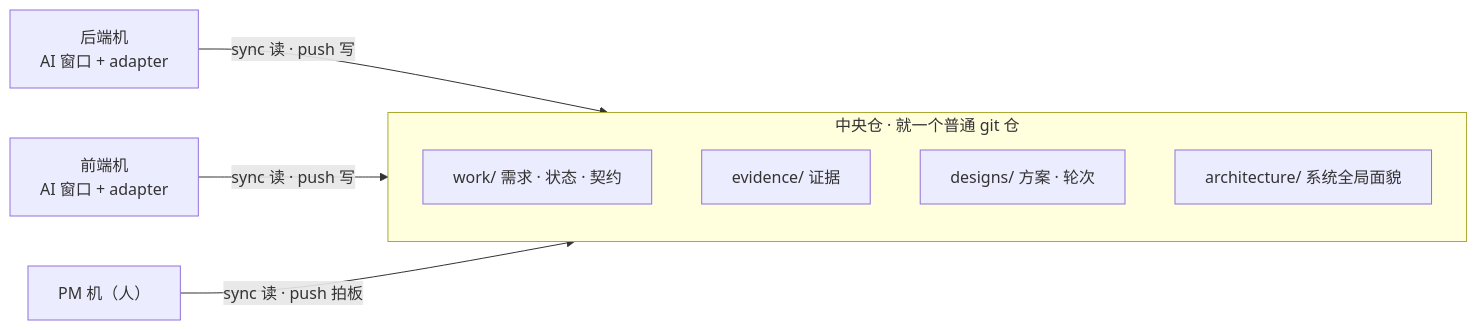
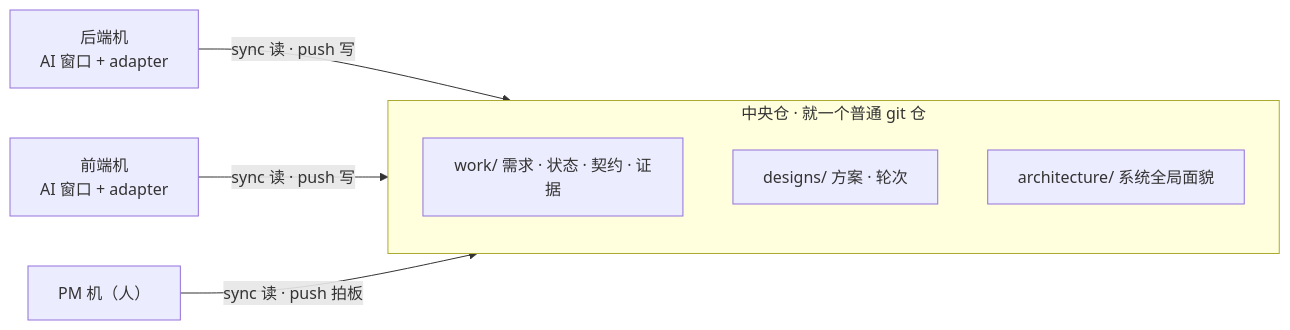
Before and after one commit to georgewangchn/OuSheng: the diagram in README.md, drawn with Mermaid. The commit also changed other lines of this file, not shown here.

````diff
--- a/README.md
+++ b/README.md
@@ -68,16 +68,15 @@
 ```mermaid
 flowchart LR
     subgraph REPO["中央仓 · 就一个普通 git 仓"]
         direction TB
-        W["work/ 需求 · 状态 · 契约"]
-        E["evidence/ 证据"]
+        W["work/ 需求 · 状态 · 契约 · 证据"]
         D["designs/ 方案 · 轮次"]
         A["architecture/ 系统全局面貌"]
     end
     BE["后端机<br/>AI 窗口 + adapter"]
     FE["前端机<br/>AI 窗口 + adapter"]
     PM["PM 机（人）"]
     BE -- "sync 读 · push 写" --> REPO
     FE -- "sync 读 · push 写" --> REPO
     PM -- "sync 读 · push 拍板" --> REPO
 ```
````
